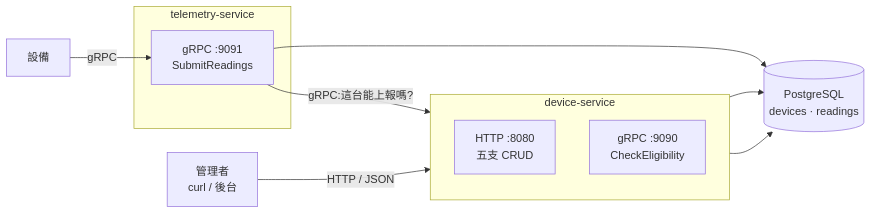
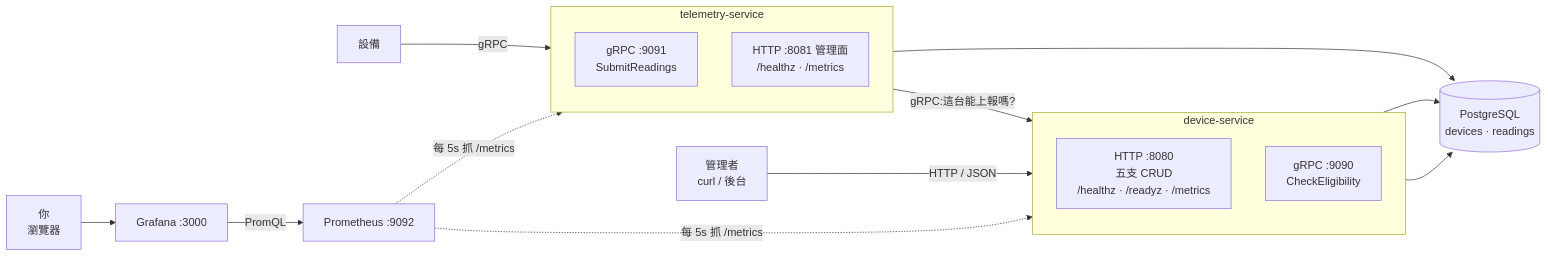
The diagram in README.md (jerryxcy/device-telemetry-go), drawn with Mermaid before and after one commit. The commit also changed other lines of this file and 1 other file, not shown here.

````diff
--- a/README.md
+++ b/README.md
@@ -20,24 +15,34 @@
 ```mermaid
 flowchart LR
     admin["管理者<br/>curl / 後台"]
     dev["設備"]
+    human["你<br/>瀏覽器"]
 
     subgraph ds["device-service"]
         direction TB
-        dshttp["HTTP :8080<br/>五支 CRUD"]
+        dshttp["HTTP :8080<br/>五支 CRUD<br/>/healthz · /readyz · /metrics"]
         dsgrpc["gRPC :9090<br/>CheckEligibility"]
     end
 
     subgraph ts["telemetry-service"]
+        direction TB
         tsgrpc["gRPC :9091<br/>SubmitReadings"]
+        tsadmin["HTTP :8081 管理面<br/>/healthz · /metrics"]
     end
 
     pg[("PostgreSQL<br/>devices · readings")]
+    prom["Prometheus :9092"]
+    graf["Grafana :3000"]
 
     admin -->|HTTP / JSON| dshttp
     dev -->|gRPC| tsgrpc
     tsgrpc -->|"gRPC:這台能上報嗎?"| dsgrpc
     dshttp --> pg
     dsgrpc --> pg
     tsgrpc --> pg
+
+    prom -.->|"每 5s 抓 /metrics"| dshttp
+    prom -.->|"每 5s 抓 /metrics"| tsadmin
+    human --> graf
+    graf -->|PromQL| prom
 ```
````
